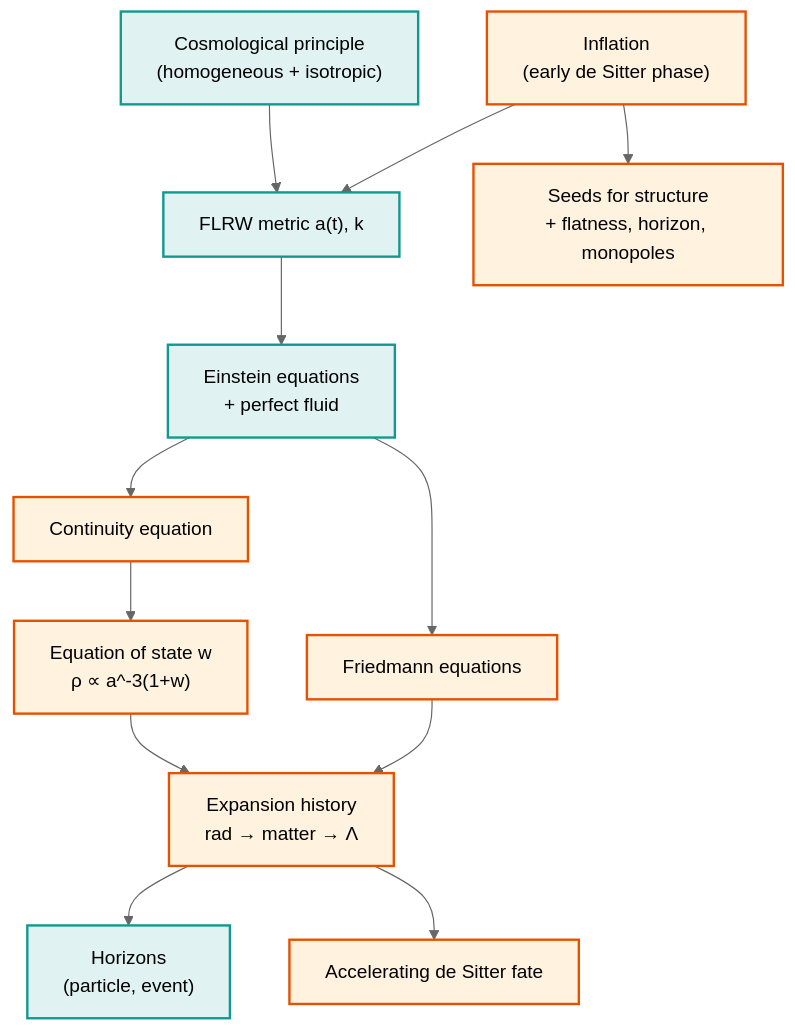
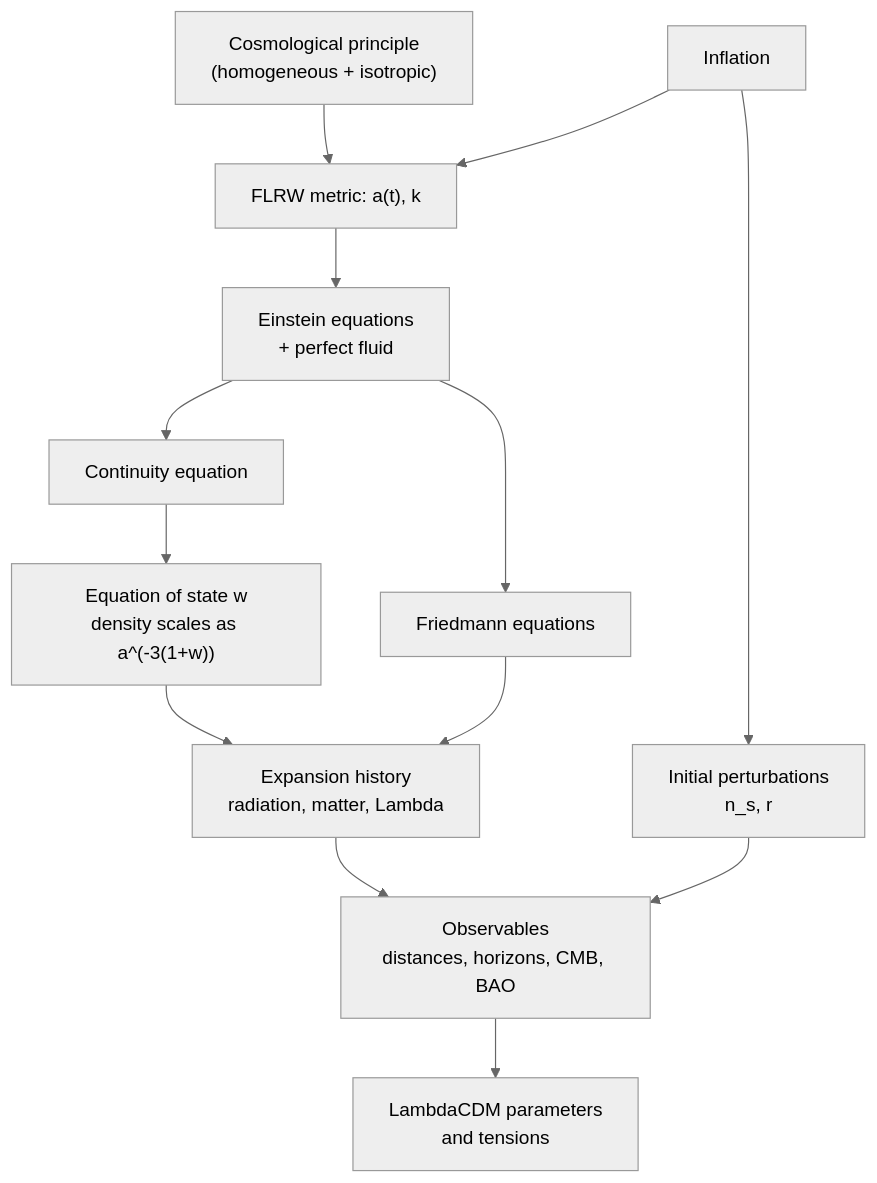
Before and after one commit to AndrewAltimit/Documentation: the second of 2 diagrams in github-pages/docs/physics/relativity/cosmology.md, drawn with Mermaid (neutral theme). The commit also changed other lines of this file and 240 other files, not shown here.

````diff
--- a/github-pages/docs/physics/relativity/cosmology.md
+++ b/github-pages/docs/physics/relativity/cosmology.md
@@ -242,18 +340,15 @@
 ```mermaid
 graph TD
-    CP["Cosmological principle<br/>(homogeneous + isotropic)"] --> FLRW["FLRW metric a(t), k"]
+    CP["Cosmological principle<br/>(homogeneous + isotropic)"] --> FLRW["FLRW metric: a(t), k"]
     FLRW --> EFE["Einstein equations<br/>+ perfect fluid"]
     EFE --> FRIED["Friedmann equations"]
     EFE --> CONT["Continuity equation"]
-    CONT --> EOS["Equation of state w<br/>ρ ∝ a^-3(1+w)"]
-    EOS --> HIST["Expansion history<br/>rad → matter → Λ"]
+    CONT --> EOS["Equation of state w<br/>density scales as a^(-3(1+w))"]
+    EOS --> HIST["Expansion history<br/>radiation, matter, Lambda"]
     FRIED --> HIST
-    HIST --> HOR["Horizons<br/>(particle, event)"]
-    HIST --> FATE["Accelerating de Sitter fate"]
-    INFL["Inflation<br/>(early de Sitter phase)"] --> FLRW
-    INFL --> SEEDS["Seeds for structure<br/>+ flatness, horizon, monopoles"]
-    classDef geom fill:#e0f2f1,stroke:#11998e,stroke-width:2px;
-    classDef phys fill:#fff3e0,stroke:#e65100,stroke-width:2px;
-    class CP,FLRW,EFE,HOR geom;
-    class FRIED,CONT,EOS,HIST,FATE,INFL,SEEDS phys;
+    HIST --> OBS["Observables<br/>distances, horizons, CMB, BAO"]
+    OBS --> PARAMS["LambdaCDM parameters<br/>and tensions"]
+    INFL["Inflation"] --> FLRW
+    INFL --> SEEDS["Initial perturbations<br/>n_s, r"]
+    SEEDS --> OBS
 ```
````
